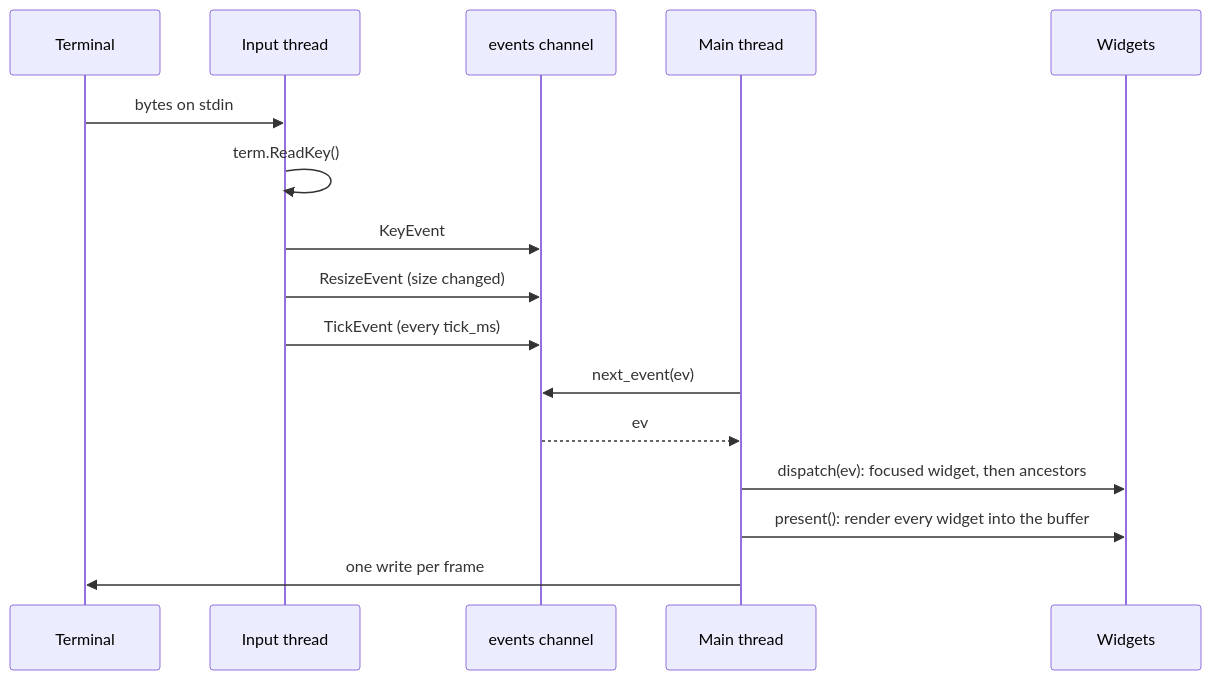
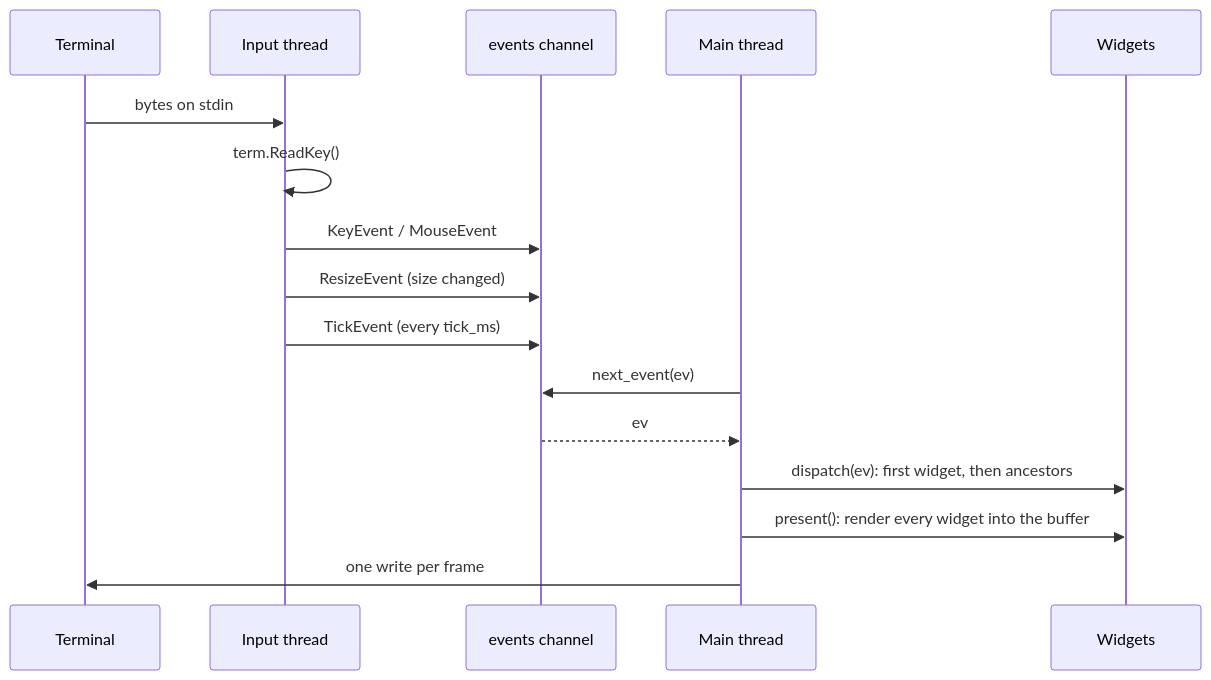
The diagram in concepts/event-loop.mdx (curedbylethe/basalam), drawn with Mermaid before and after one commit. The commit also changed other lines of this file and 3 other files, not shown here.

First line of the commit message:
docs(events): document mouse routing and the no-key-bindings decision

````diff
--- a/concepts/event-loop.mdx
+++ b/concepts/event-loop.mdx
@@ -11,18 +11,18 @@
 ```mermaid
 sequenceDiagram
     participant T as Terminal
     participant I as Input thread
     participant C as events channel
     participant M as Main thread
     participant W as Widgets
     T->>I: bytes on stdin
     I->>I: term.ReadKey()
-    I->>C: KeyEvent
+    I->>C: KeyEvent / MouseEvent
     I->>C: ResizeEvent (size changed)
     I->>C: TickEvent (every tick_ms)
     M->>C: next_event(ev)
     C-->>M: ev
-    M->>W: dispatch(ev): focused widget, then ancestors
+    M->>W: dispatch(ev): first widget, then ancestors
     M->>W: present(): render every widget into the buffer
     M->>T: one write per frame
 ```
````
